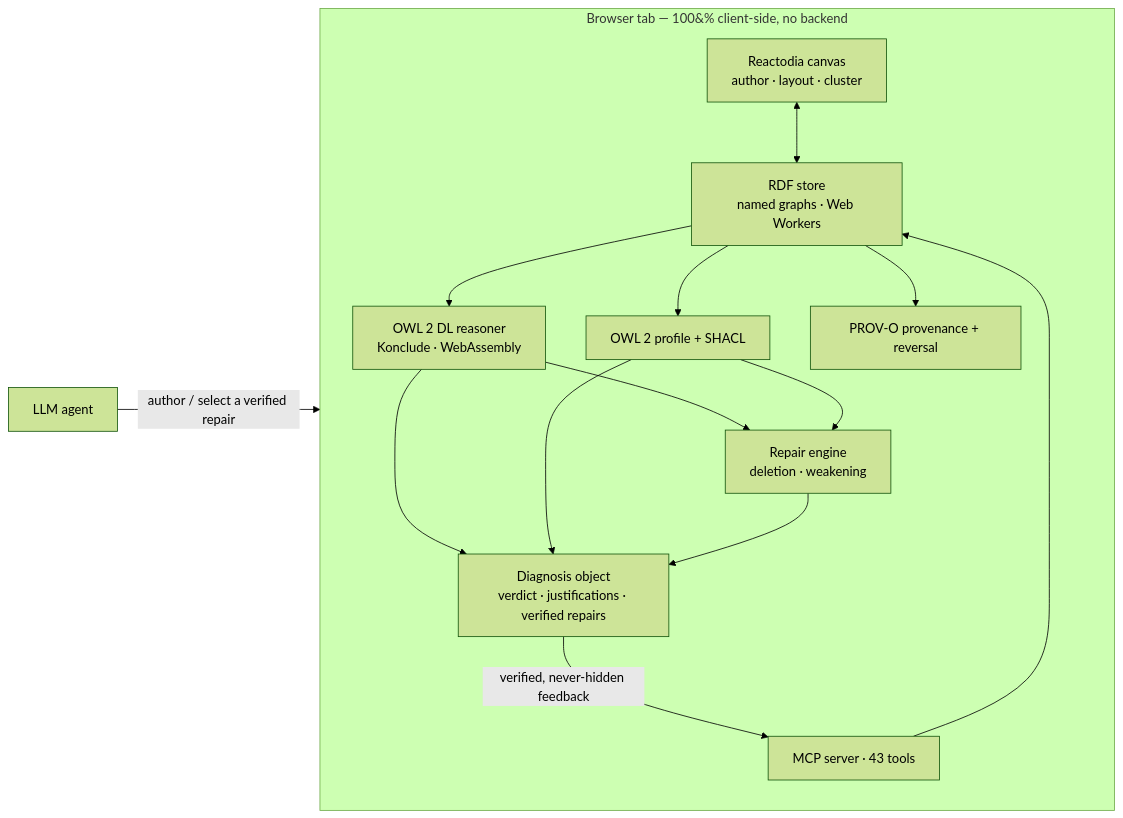
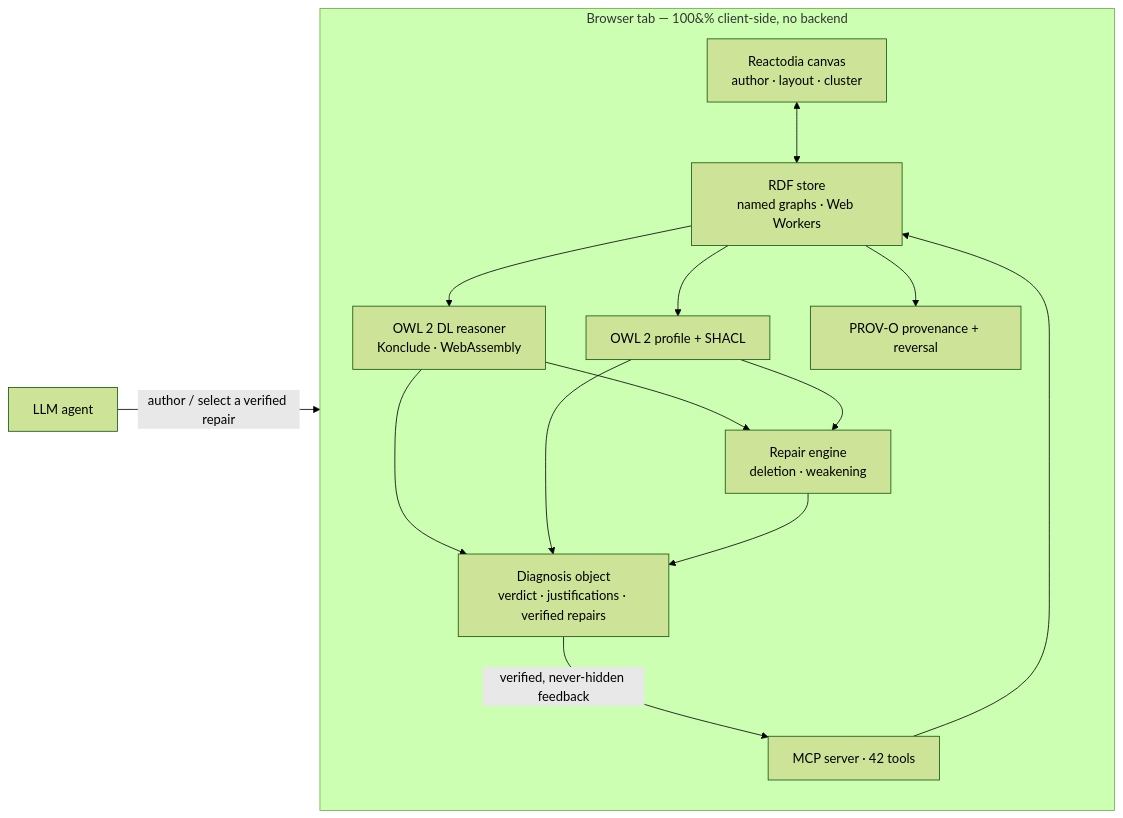
One commit to ThHanke/ontosphere changed the diagram in README.md. Above: the diagram before and after it, drawn with Mermaid (forest theme). The commit also changed other lines of this file and 13 other files, not shown here.

````diff
--- a/README.md
+++ b/README.md
@@ -68,27 +68,27 @@
 ```mermaid
 flowchart LR
   Agent["LLM agent"]
   subgraph B["Browser tab — 100&#37; client-side, no backend"]
     direction TB
     UI["Reactodia canvas<br/>author · layout · cluster"]
     Store["RDF store<br/>named graphs · Web Workers"]
     Reason["OWL 2 DL reasoner<br/>Konclude · WebAssembly"]
     Check["OWL 2 profile + SHACL"]
     Repair["Repair engine<br/>deletion · weakening"]
     Diag["Diagnosis object<br/>verdict · justifications · verified repairs"]
     Prov["PROV-O provenance + reversal"]
-    MCP["MCP server · 43 tools"]
+    MCP["MCP server · 42 tools"]
   end
   Agent -->|"author / select a verified repair"| MCP
   MCP --> Store
   UI <--> Store
   Store --> Reason
   Store --> Check
   Reason --> Repair
   Check --> Repair
   Reason --> Diag
   Check --> Diag
   Repair --> Diag
   Diag -->|"verified, never-hidden feedback"| MCP
   Store --> Prov
 ```
````
